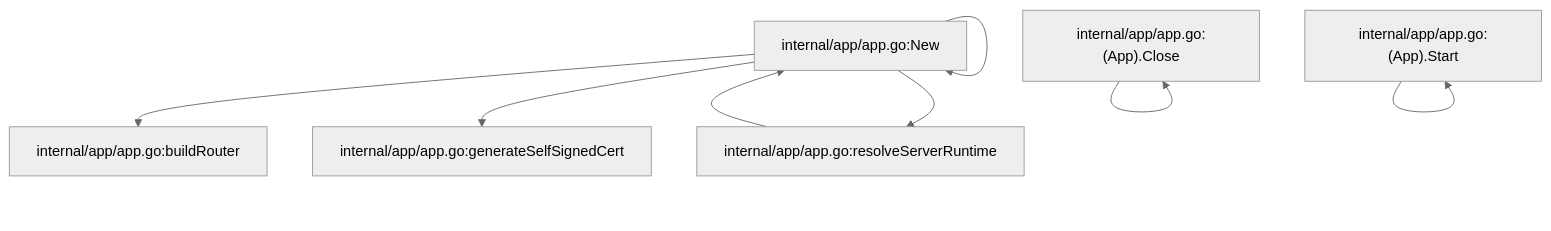
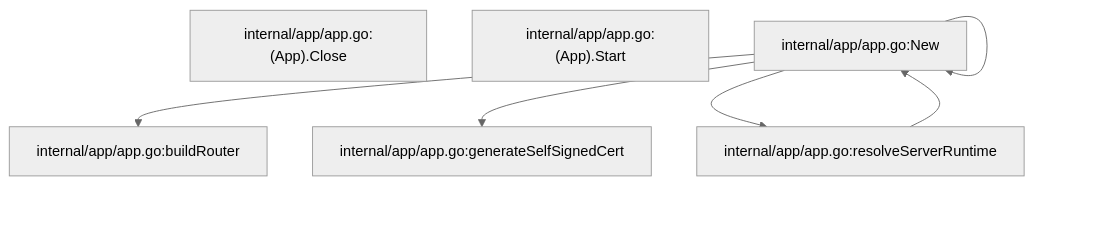
Diagram 13 of 26 in docs/function-graph-detailed.md (GeniusJunP/notion-notifier), drawn with Mermaid (neutral theme) before and after one commit. The commit also changed other lines of this file and 13 other files, not shown here.

Commit message:
refactor: unify config-save and notification flow paths

````diff
--- a/docs/function-graph-detailed.md
+++ b/docs/function-graph-detailed.md
@@ -234,16 +255,14 @@
 ```mermaid
 flowchart TD
   n1["internal/app/app.go:(App).Close"]
   n2["internal/app/app.go:(App).Start"]
   n3["internal/app/app.go:New"]
   n4["internal/app/app.go:buildRouter"]
   n5["internal/app/app.go:generateSelfSignedCert"]
   n6["internal/app/app.go:resolveServerRuntime"]
-  n1 --> n1
-  n2 --> n2
   n3 --> n3
   n3 --> n4
   n3 --> n5
   n3 --> n6
   n6 --> n3
 ```
````
